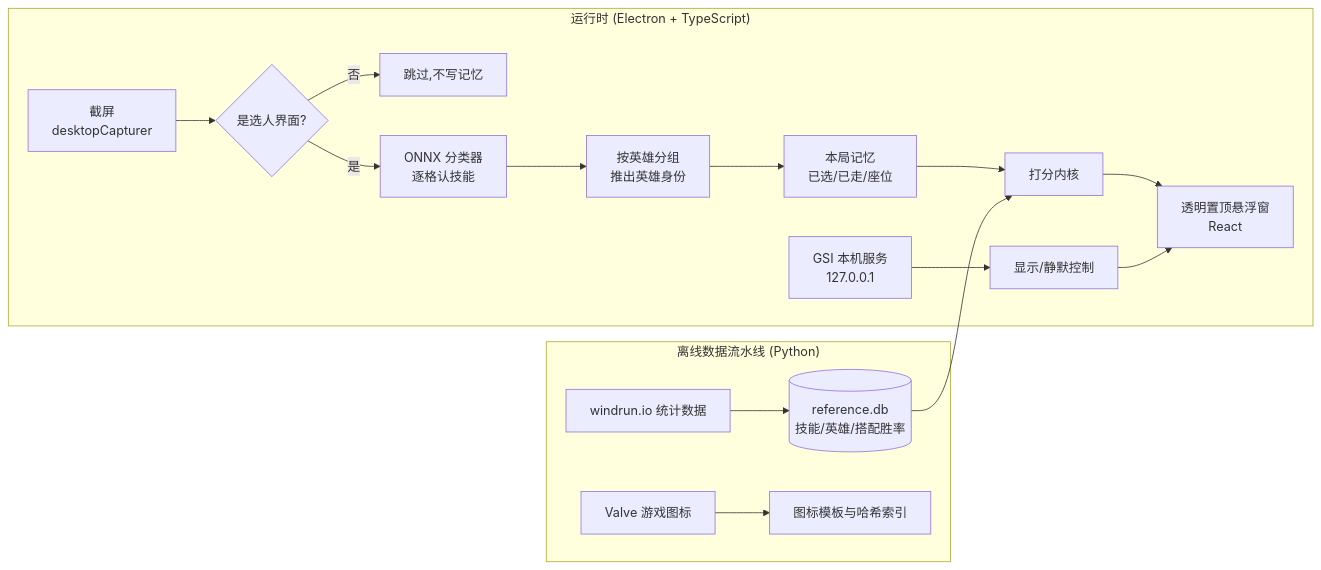
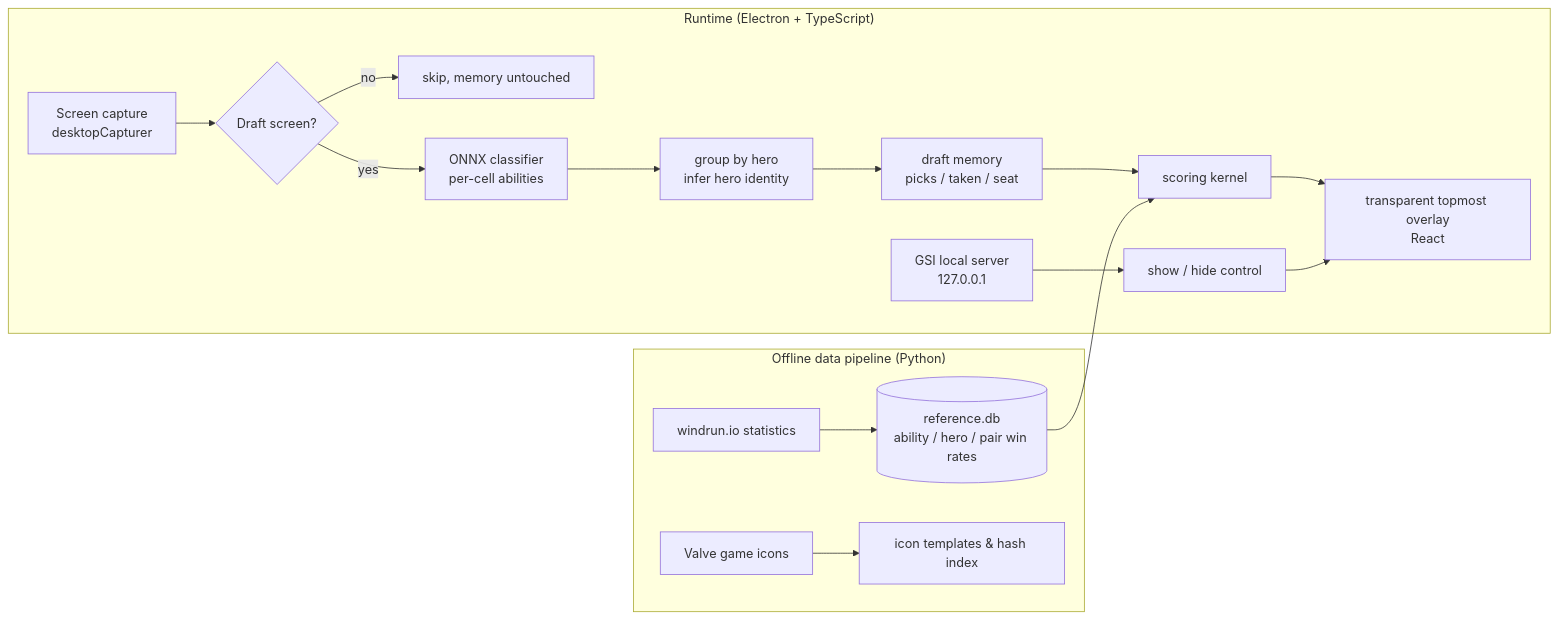
Before and after one commit to carlhan0817/AD: the diagram in README.md, drawn with Mermaid. The commit also changed other lines of this file and 1 other file, not shown here.

````diff
--- a/README.md
+++ b/README.md
@@ -33,20 +33,20 @@
 ```mermaid
 flowchart LR
-  subgraph Offline["离线数据流水线 (Python)"]
-    W[windrun.io 统计数据] --> DB[(reference.db<br/>技能/英雄/搭配胜率)]
-    A[Valve 游戏图标] --> IDX[图标模板与哈希索引]
+  subgraph Offline["Offline data pipeline (Python)"]
+    W[windrun.io statistics] --> DB[(reference.db<br/>ability / hero / pair win rates)]
+    A[Valve game icons] --> IDX[icon templates & hash index]
   end
 
-  subgraph Runtime["运行时 (Electron + TypeScript)"]
-    CAP[截屏<br/>desktopCapturer] --> GATE{是选人界面?}
-    GATE -- 否 --> SKIP[跳过,不写记忆]
-    GATE -- 是 --> CLF[ONNX 分类器<br/>逐格认技能]
-    CLF --> GRP[按英雄分组<br/>推出英雄身份]
-    GRP --> MEM[本局记忆<br/>已选/已走/座位]
-    MEM --> SCORE[打分内核]
+  subgraph Runtime["Runtime (Electron + TypeScript)"]
+    CAP[Screen capture<br/>desktopCapturer] --> GATE{Draft screen?}
+    GATE -- no --> SKIP[skip, memory untouched]
+    GATE -- yes --> CLF[ONNX classifier<br/>per-cell abilities]
+    CLF --> GRP[group by hero<br/>infer hero identity]
+    GRP --> MEM[draft memory<br/>picks / taken / seat]
+    MEM --> SCORE[scoring kernel]
     DB --> SCORE
-    SCORE --> UI[透明置顶悬浮窗<br/>React]
-    GSI[GSI 本机服务<br/>127.0.0.1] --> PRES[显示/静默控制]
+    SCORE --> UI[transparent topmost overlay<br/>React]
+    GSI[GSI local server<br/>127.0.0.1] --> PRES[show / hide control]
     PRES --> UI
   end
 ```
````
